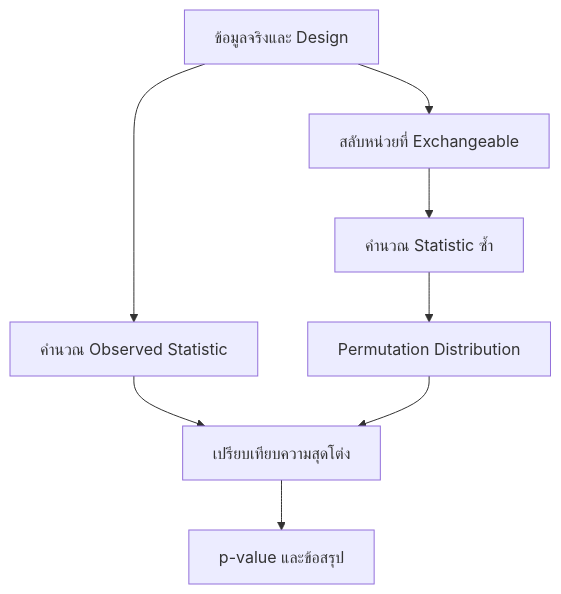
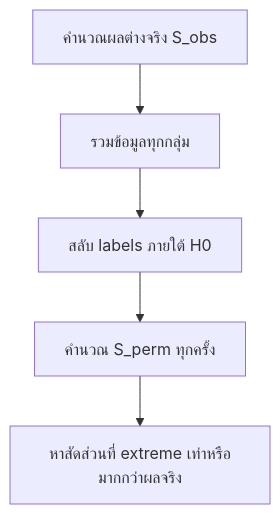
One commit to mdanmek/nida-dads-notes changed the diagram in dads6001-applied_statistics/summary/05_permutation_test.md. Above: the diagram before and after it, drawn with Mermaid. The commit also changed other lines of this file, not shown here.

````diff
--- a/dads6001-applied_statistics/summary/05_permutation_test.md
+++ b/dads6001-applied_statistics/summary/05_permutation_test.md
@@ -103,10 +26,7 @@
 ```mermaid
 flowchart TD
-    A[ข้อมูลจริงและ Design] --> B[คำนวณ Observed Statistic]
-    A --> C[สลับหน่วยที่ Exchangeable]
-    C --> D[คำนวณ Statistic ซ้ำ]
-    D --> E[Permutation Distribution]
-    B --> F[เปรียบเทียบความสุดโต่ง]
-    E --> F
-    F --> G[p-value และข้อสรุป]
+    A["คำนวณผลต่างจริง S_obs"] --> B["รวมข้อมูลทุกกลุ่ม"]
+    B --> C["สลับ labels ภายใต้ H0"]
+    C --> D["คำนวณ S_perm ทุกครั้ง"]
+    D --> E["หาสัดส่วนที่ extreme เท่าหรือมากกว่าผลจริง"]
 ```
````
